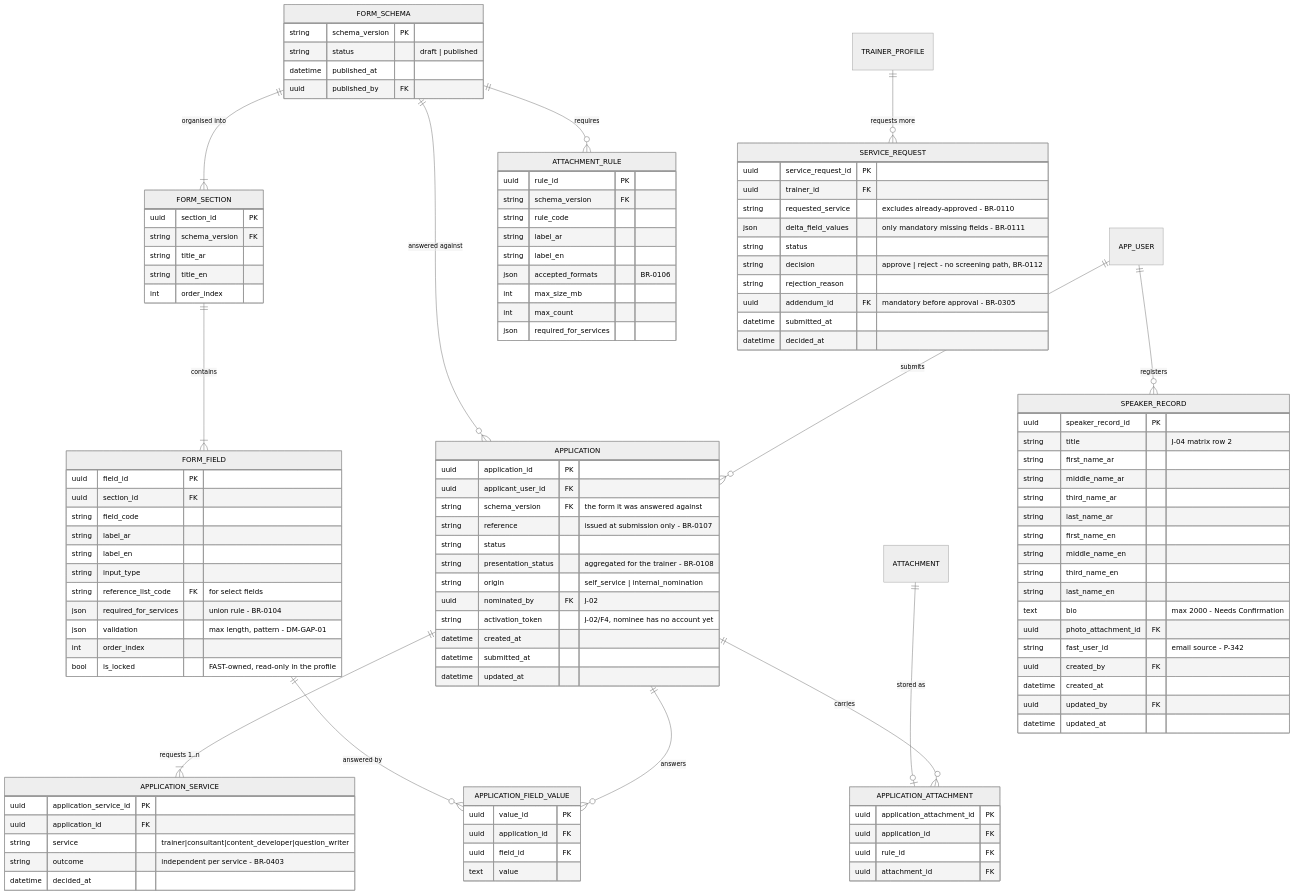
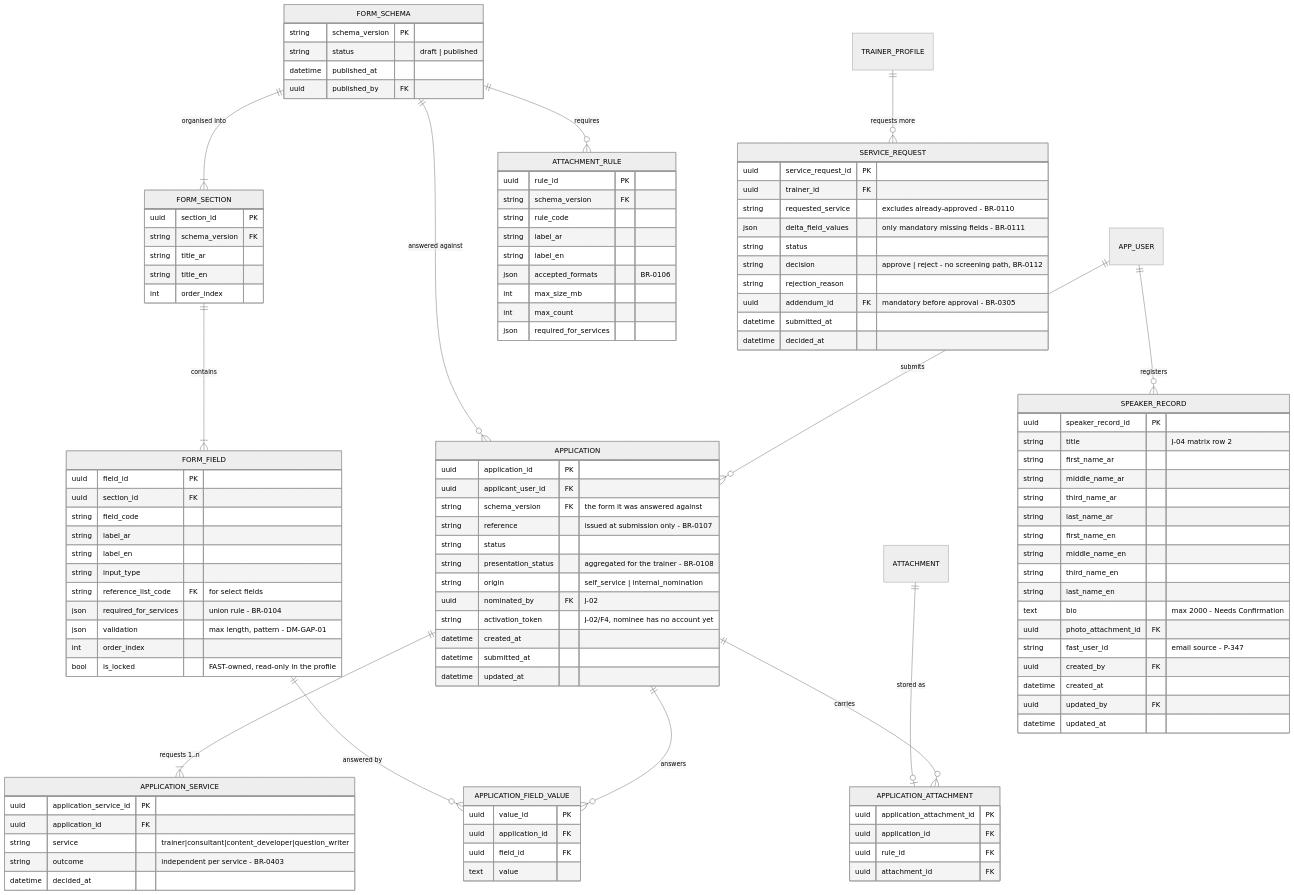
One commit to JawadQurban/fa-expert-platform changed the fourth of 13 diagrams in docs/specification/10_DATABASE_DESIGN.md. Above: the diagram before and after it, drawn with Mermaid (neutral theme). The commit also changed 8 other files, not shown here.

```diff
--- a/docs/specification/10_DATABASE_DESIGN.md
+++ b/docs/specification/10_DATABASE_DESIGN.md
@@ -407,7 +407,7 @@
     string last_name_en
     text bio "max 2000 - Needs Confirmation"
     uuid photo_attachment_id FK
-    string fast_user_id "email source - P-342"
+    string fast_user_id "email source - P-347"
     uuid created_by FK
     datetime created_at
     uuid updated_by FK
```
